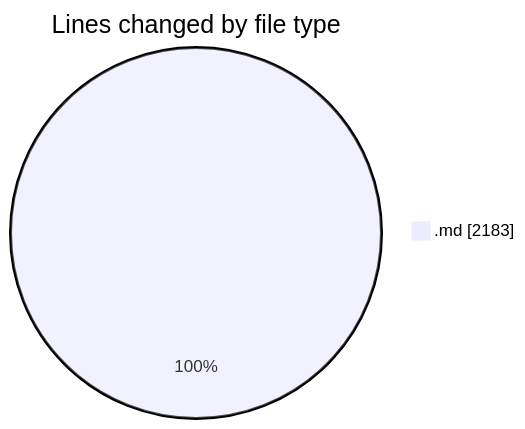
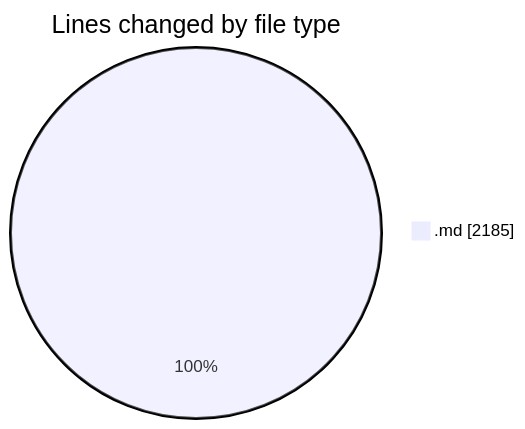
One commit to Ritupan-Deka/code-tracking changed the first of 2 diagrams in 2025-07-09/urlwebwala_intership_work/README.md. Above: the diagram before and after it, drawn with Mermaid. The commit also changed other lines of this file and 1 other file, not shown here.

````diff
--- a/2025-07-09/urlwebwala_intership_work/README.md
+++ b/2025-07-09/urlwebwala_intership_work/README.md
@@ -20,5 +20,5 @@
 ```mermaid
 pie showData
 title Lines changed by file type
-".md" : 2183
+".md" : 2185
 ```
````
